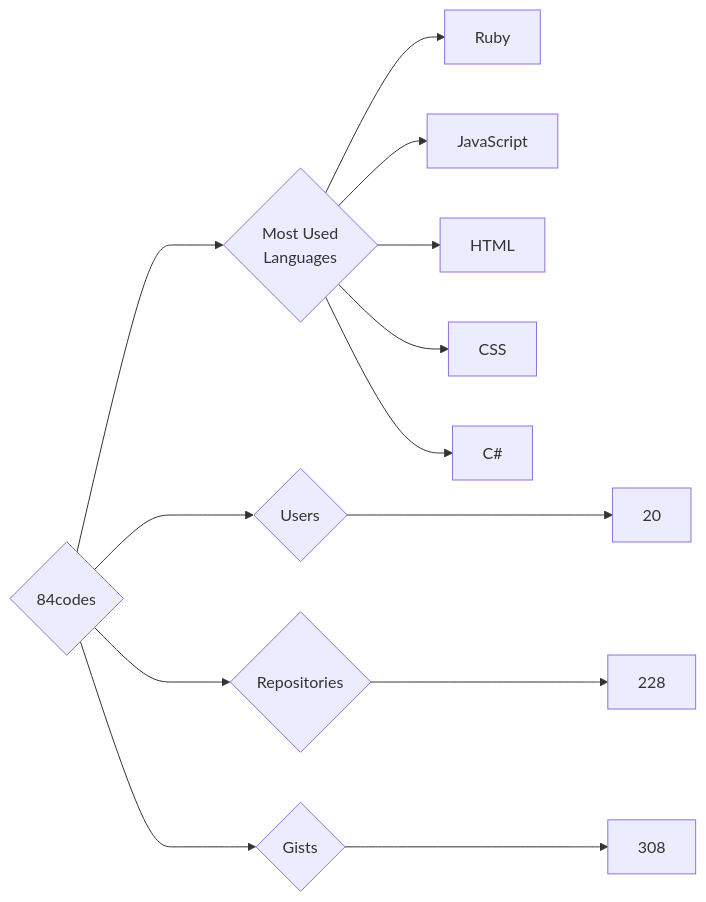
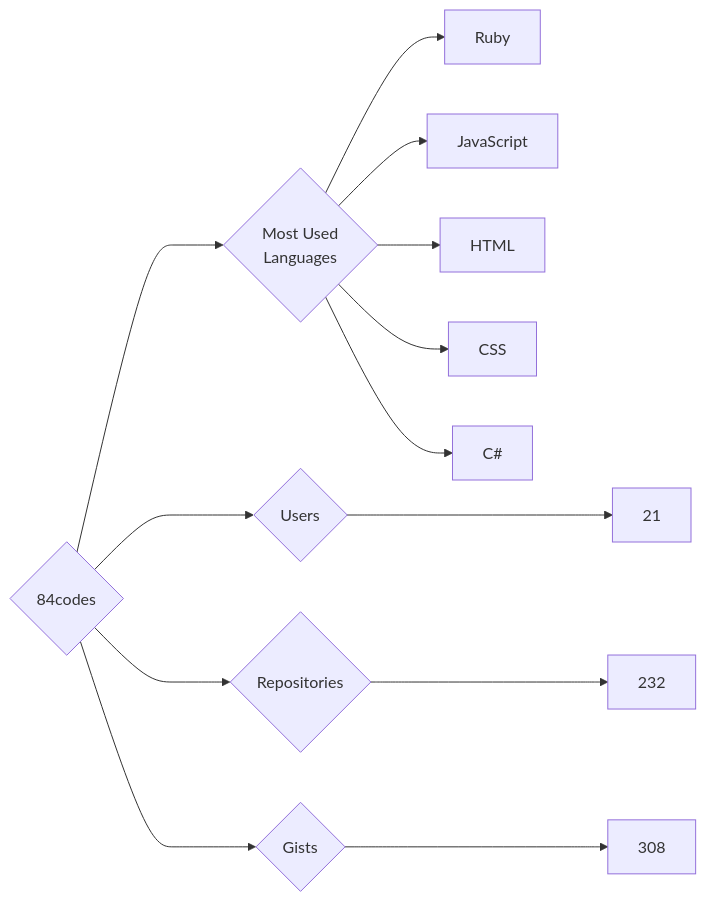
One commit to trickest/insiders changed the diagram in targets/84codes/README.md. Above: the diagram before and after it, drawn with Mermaid. The commit also changed 860 other files, not shown here.

````diff
--- a/targets/84codes/README.md
+++ b/targets/84codes/README.md
@@ -3,13 +3,13 @@
 ```mermaid
 graph LR
 COMPANY_NAME{84codes}
-COMPANY_NAME ---> U{Users} ---> UN[20]
-COMPANY_NAME ---> R{Repositories} ---> RN[228]
+COMPANY_NAME ---> U{Users} ---> UN[21]
+COMPANY_NAME ---> R{Repositories} ---> RN[232]
 COMPANY_NAME ---> G{Gists} ---> GN[308]
 COMPANY_NAME ---> ML{Most Used<br>Languages}
 ML --> Ruby[Ruby]
 ML --> JavaScript[JavaScript]
 ML --> HTML[HTML]
 ML --> CSS[CSS]
 ML --> C#[C#]
 ```
````
